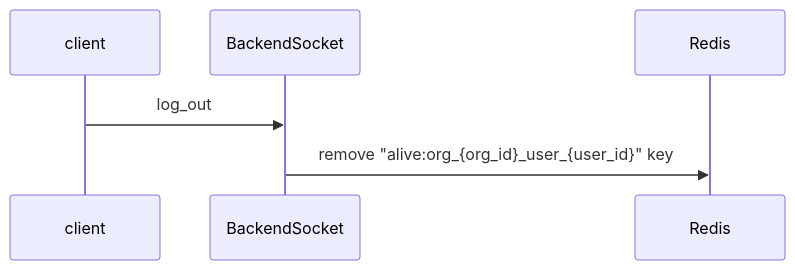
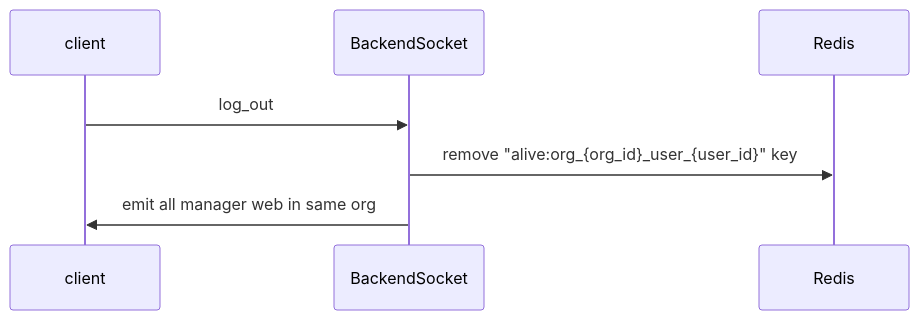
Before and after one commit to claire0613/ocelot_docs: the eighth of 8 diagrams in socket_event.md, drawn with Mermaid.

Commit message:
fix : modify logout pattern

````diff
--- a/socket_event.md
+++ b/socket_event.md
@@ -186,11 +186,12 @@
 ```mermaid
 sequenceDiagram
 
     participant A as client
     participant B as BackendSocket
     participant R as Redis
 
     A->>B: log_out
     B->>R:remove "alive:org_{org_id}_user_{user_id}" key
+    B->>A: emit all manager web in same org
 
 ```
````
